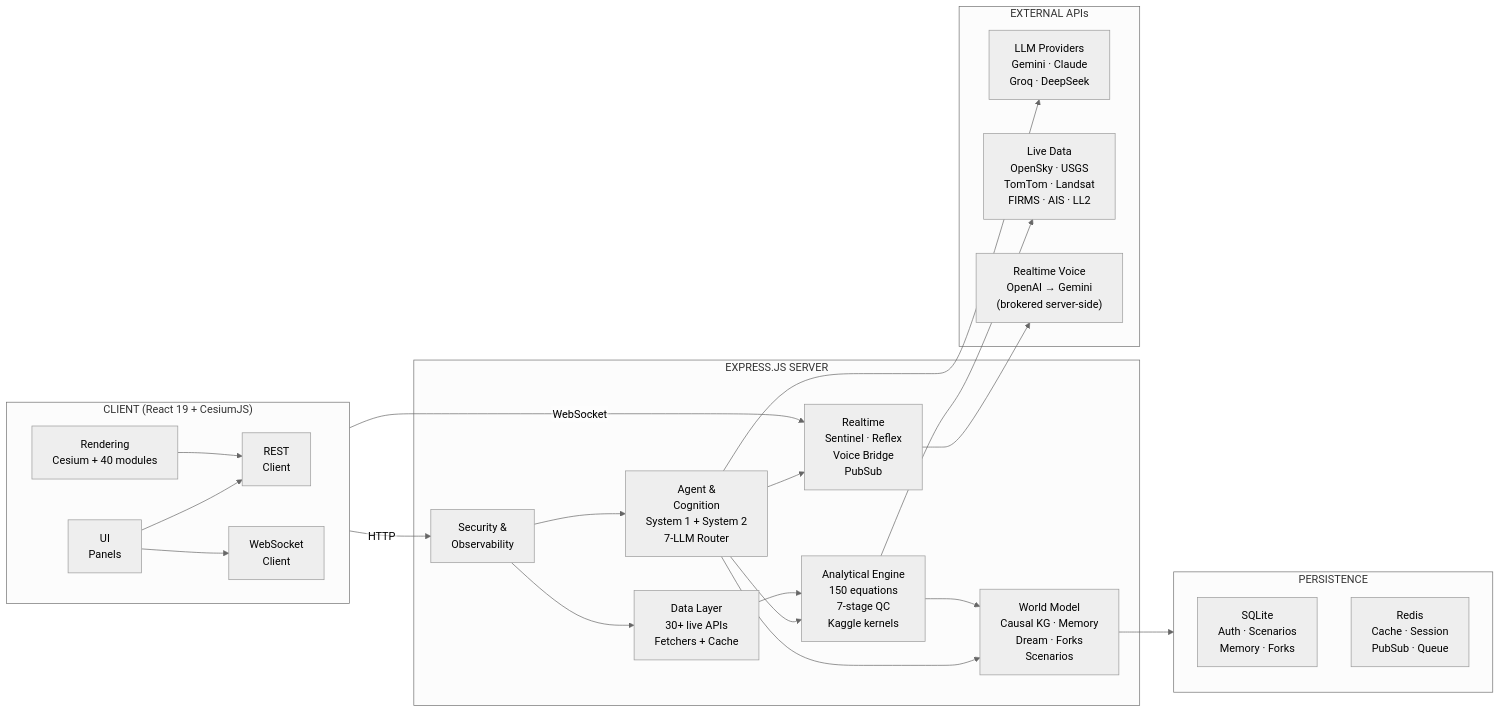
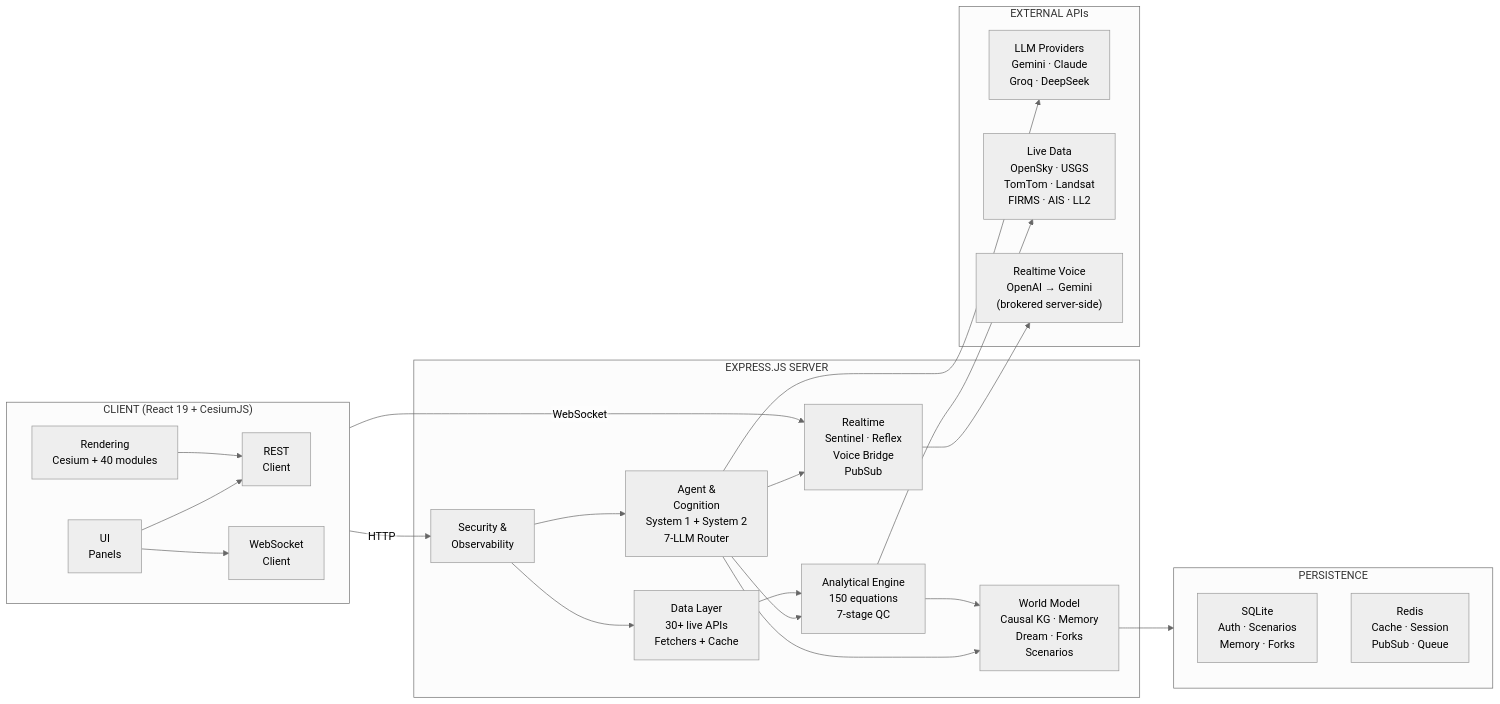
The first of 2 diagrams in README.md (sreyassanker/Terranoetis), drawn with Mermaid before and after one commit. The commit also changed other lines of this file and 8 other files, not shown here.

````diff
--- a/README.md
+++ b/README.md
@@ -20,48 +35,48 @@
 ```mermaid
 %%{init: {'theme': 'neutral', 'flowchart': {'htmlLabels': false}}}%%
 flowchart LR
     subgraph CLIENT["CLIENT (React 19 + CesiumJS)"]
         direction LR
         UI["UI\nPanels"]
         Render["Rendering\nCesium + 40 modules"]
         WS["WebSocket\nClient"]
         API["REST\nClient"]
         UI --> API
         Render --> API
         UI --> WS
     end
 
     subgraph SERVER["EXPRESS.JS SERVER"]
         Security["Security &\nObservability"]
         Agents["Agent &\nCognition\nSystem 1 + System 2\n7-LLM Router"]
-        Engine["Analytical Engine\n150 equations\n7-stage QC\nKaggle kernels"]
+        Engine["Analytical Engine\n150 equations\n7-stage QC"]
         Data["Data Layer\n30+ live APIs\nFetchers + Cache"]
         Realtime["Realtime\nSentinel · Reflex\nVoice Bridge\nPubSub"]
         Services["World Model\nCausal KG · Memory\nDream · Forks\nScenarios"]
         Security --> Agents
         Security --> Data
         Agents --> Engine
         Data --> Engine
         Agents --> Realtime
         Agents --> Services
         Engine --> Services
     end
 
     subgraph STORAGE["PERSISTENCE"]
         SQLite["SQLite\nAuth · Scenarios\nMemory · Forks"]
         Redis["Redis\nCache · Session\nPubSub · Queue"]
     end
 
     subgraph EXTERNAL["EXTERNAL APIs"]
         LLM["LLM Providers\nGemini · Claude\nGroq · DeepSeek"]
         Live["Live Data\nOpenSky · USGS\nTomTom · Landsat\nFIRMS · AIS · LL2"]
         Voice["Realtime Voice\nOpenAI → Gemini\n(brokered server-side)"]
     end
 
     CLIENT -->|HTTP| Security
     CLIENT -->|WebSocket| Realtime
     Services --> STORAGE
     Engine --> Live
     Agents --> LLM
     Realtime --> Voice
 ```
````
